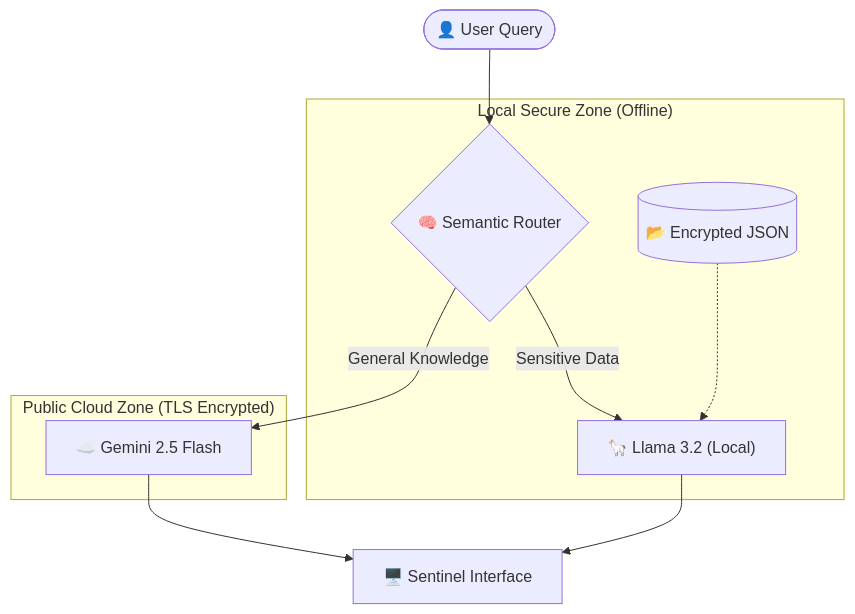
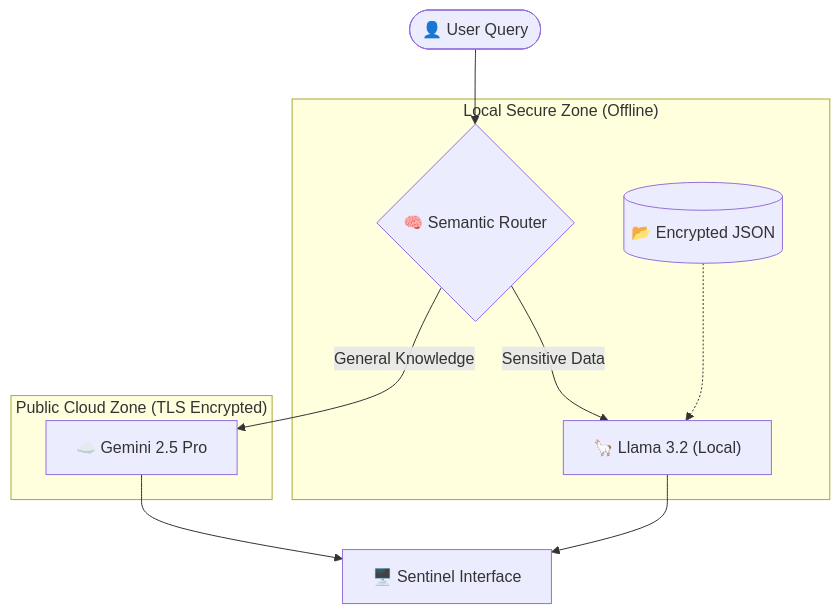
Before and after one commit to abhaysingh69420/sentinel-fintech: the diagram in README.md, drawn with Mermaid.

Commit message:
Update cloud service name from 'Flash' to 'Pro'

````diff
--- a/README.md
+++ b/README.md
@@ -32,16 +32,16 @@
 ```mermaid
 graph TD
     User(["👤 User Query"]) --> Router{"🧠 Semantic Router"}
     
     subgraph "Local Secure Zone (Offline)"
     Router -- "Sensitive Data" --> Local["🦙 Llama 3.2 (Local)"]
     Database[("📂 Encrypted JSON")] -.-> Local
     end
     
     subgraph "Public Cloud Zone (TLS Encrypted)"
-    Router -- "General Knowledge" --> Cloud["☁️ Gemini 2.5 Flash"]
+    Router -- "General Knowledge" --> Cloud["☁️ Gemini 2.5 Pro"]
     end
     
     Local --> UI["🖥️ Sentinel Interface"]
     Cloud --> UI
 ```
````
